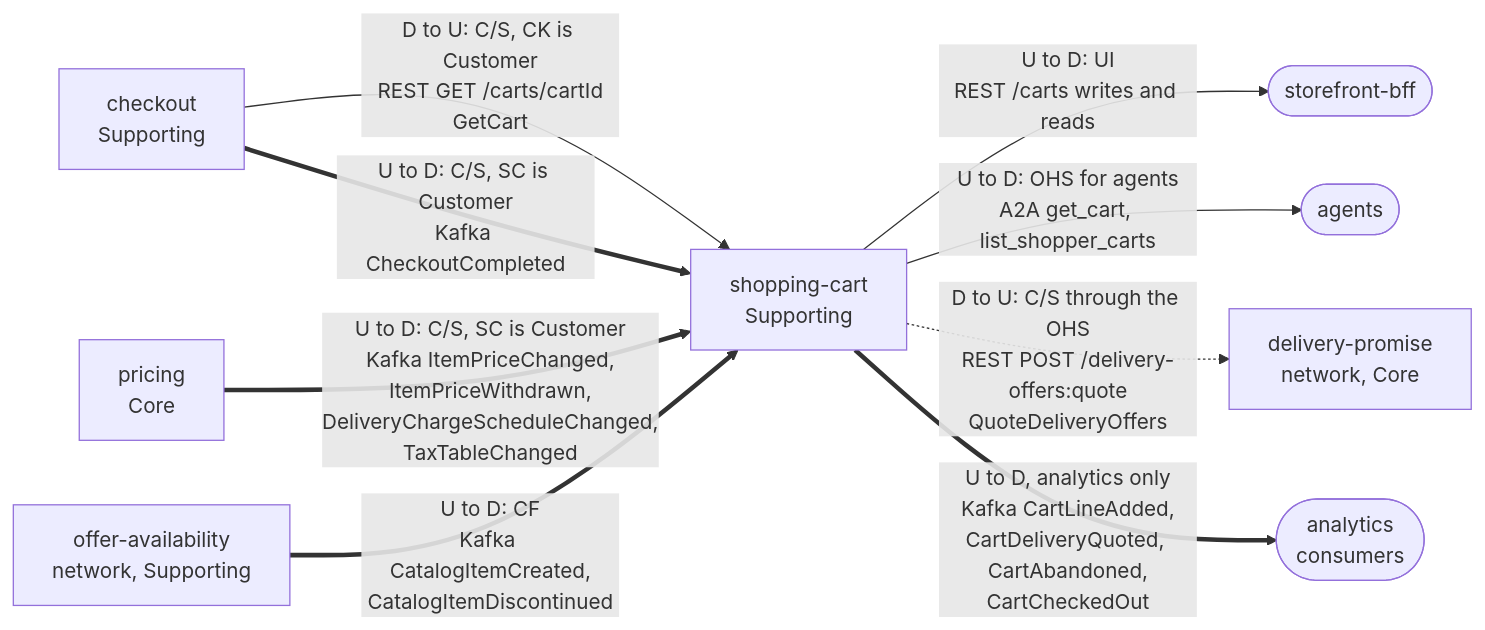
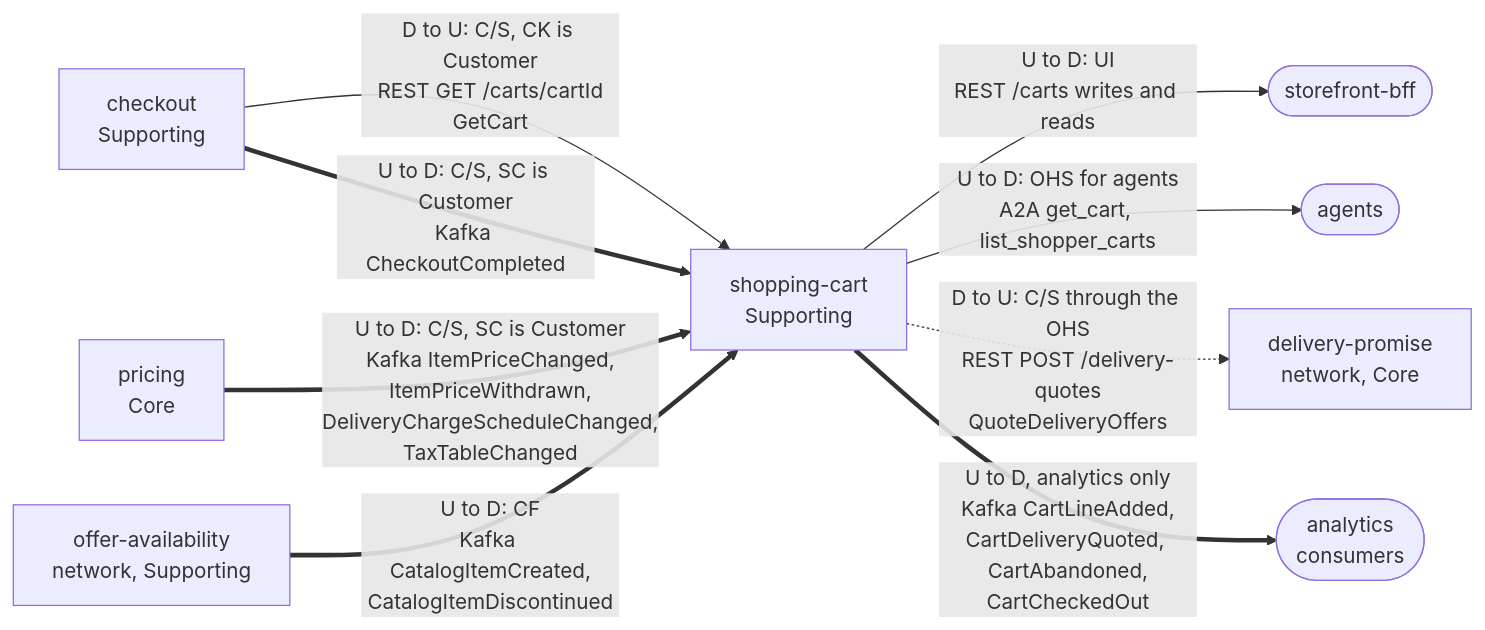
The diagram in docs/docs/ddd/context-map.md (IQVO/shopping-cart), drawn with Mermaid before and after one commit. The commit also changed other lines of this file and 14 other files, not shown here.

First line of the commit message:
docs(shopping-cart): use the ADR 0008 route names in every page and diagram

````diff
--- a/docs/docs/ddd/context-map.md
+++ b/docs/docs/ddd/context-map.md
@@ -16,20 +16,20 @@
 ```mermaid
 flowchart LR
     BFF(["storefront-bff"])
     AG(["agents"])
     CK["checkout<br/>Supporting"]
     PR["pricing<br/>Core"]
     OA["offer-availability<br/>network, Supporting"]
     DP["delivery-promise<br/>network, Core"]
     AN(["analytics<br/>consumers"])
     SC["shopping-cart<br/>Supporting"]
 
     SC -->|"U to D: UI<br/>REST /carts writes and reads"| BFF
     SC -->|"U to D: OHS for agents<br/>A2A get_cart, list_shopper_carts"| AG
     CK -->|"D to U: C/S, CK is Customer<br/>REST GET /carts/cartId<br/>GetCart"| SC
     CK ==>|"U to D: C/S, SC is Customer<br/>Kafka CheckoutCompleted"| SC
     PR ==>|"U to D: C/S, SC is Customer<br/>Kafka ItemPriceChanged,<br/>ItemPriceWithdrawn,<br/>DeliveryChargeScheduleChanged,<br/>TaxTableChanged"| SC
     OA ==>|"U to D: CF<br/>Kafka CatalogItemCreated,<br/>CatalogItemDiscontinued"| SC
-    SC -.->|"D to U: C/S through the OHS<br/>REST POST /delivery-offers:quote<br/>QuoteDeliveryOffers"| DP
+    SC -.->|"D to U: C/S through the OHS<br/>REST POST /delivery-quotes<br/>QuoteDeliveryOffers"| DP
     SC ==>|"U to D, analytics only<br/>Kafka CartLineAdded,<br/>CartDeliveryQuoted, CartAbandoned,<br/>CartCheckedOut"| AN
 ```
````
